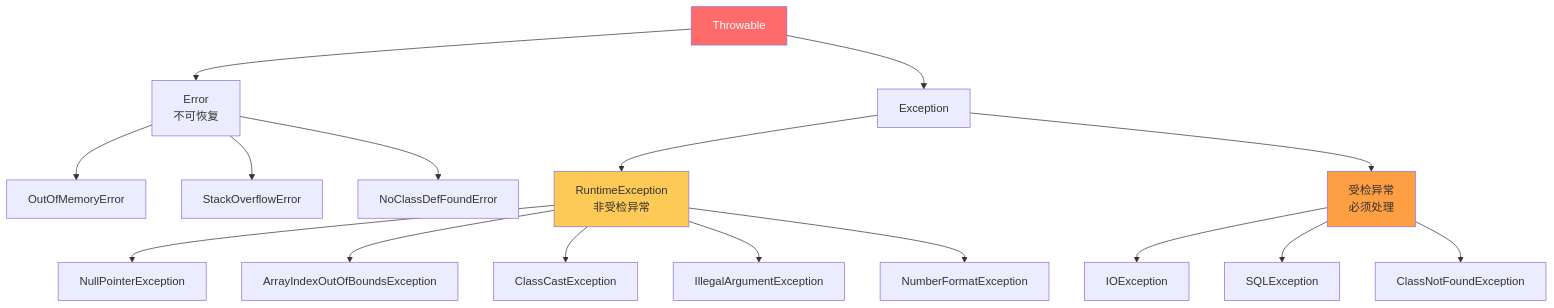
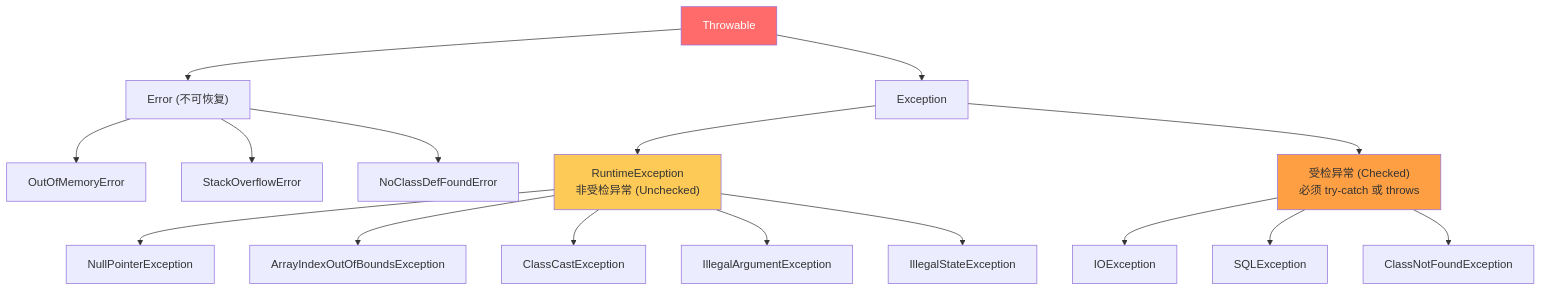
One commit to qigao0787-ops/gq-test changed diagram 17 of 24 in document/strengthen/Java基础面试总结_增强版.md. Above: the diagram before and after it, drawn with Mermaid. The commit also changed other lines of this file, not shown here.

````diff
--- a/document/strengthen/Java基础面试总结_增强版.md
+++ b/document/strengthen/Java基础面试总结_增强版.md
@@ -705,26 +1172,26 @@
 ```mermaid
 flowchart TB
-    T[Throwable] --> E[Error<br/>不可恢复]
-    T --> Ex[Exception]
+    T["Throwable"] --> E["Error (不可恢复)"]
+    T --> Ex["Exception"]
 
-    E --> OOM[OutOfMemoryError]
-    E --> SOE[StackOverflowError]
-    E --> NCDFE[NoClassDefFoundError]
+    E --> OOM["OutOfMemoryError"]
+    E --> SOE["StackOverflowError"]
+    E --> NCDFE["NoClassDefFoundError"]
 
-    Ex --> RE[RuntimeException<br/>非受检异常]
-    Ex --> CE[受检异常<br/>必须处理]
+    Ex --> RE["RuntimeException<br/>非受检异常 (Unchecked)"]
+    Ex --> CE["受检异常 (Checked)<br/>必须 try-catch 或 throws"]
 
-    RE --> NPE[NullPointerException]
-    RE --> AIOOBE[ArrayIndexOutOfBoundsException]
-    RE --> CCE[ClassCastException]
-    RE --> IAE[IllegalArgumentException]
-    RE --> NFE[NumberFormatException]
+    RE --> NPE["NullPointerException"]
+    RE --> AIOOBE["ArrayIndexOutOfBoundsException"]
+    RE --> CCE["ClassCastException"]
+    RE --> IAE["IllegalArgumentException"]
+    RE --> ISE["IllegalStateException"]
 
-    CE --> IOE[IOException]
-    CE --> SQLE[SQLException]
-    CE --> CNFE[ClassNotFoundException]
+    CE --> IOE["IOException"]
+    CE --> SQLE["SQLException"]
+    CE --> CNFE["ClassNotFoundException"]
 
     style T fill:#ff6b6b,color:#fff
     style RE fill:#feca57
     style CE fill:#ff9f43
 ```
````
